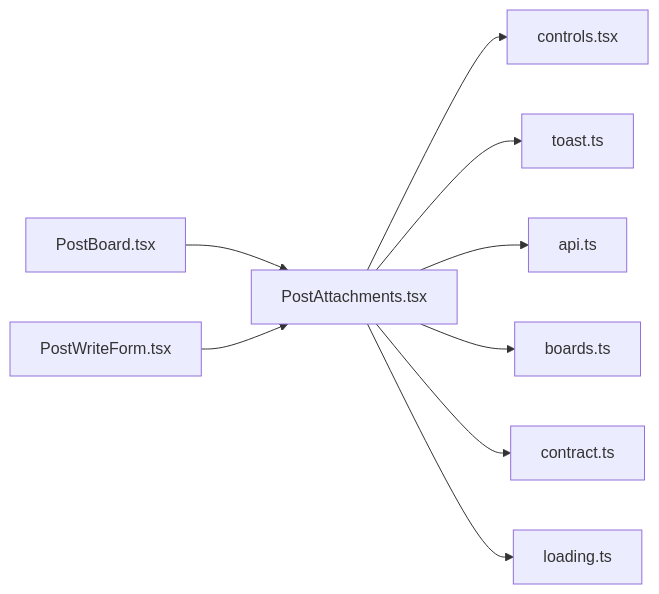
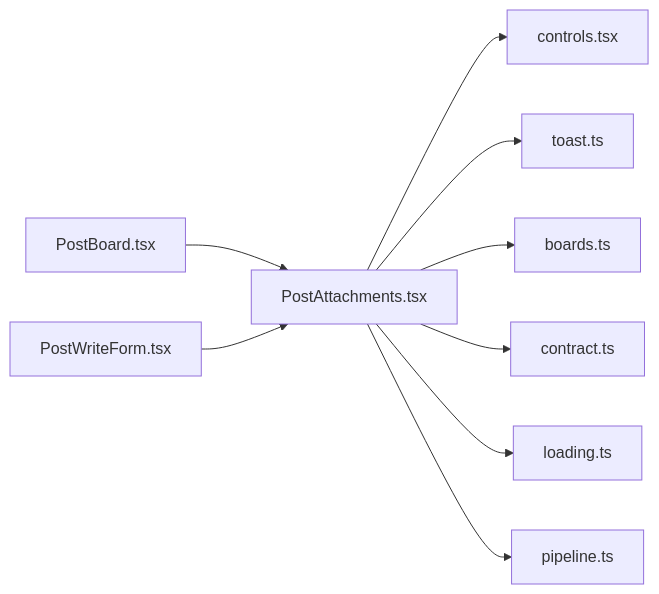
The diagram in .cluedoc/graph/frontend/src/components/PostAttachments.md (minkong-dev/Banblit), drawn with Mermaid before and after one commit. The commit also changed other lines of this file and 17 other files, not shown here.

First line of the commit message:
frontend: route board server calls through pipeline and test the upload-then-publish order

````diff
--- a/.cluedoc/graph/frontend/src/components/PostAttachments.md
+++ b/.cluedoc/graph/frontend/src/components/PostAttachments.md
@@ -10,12 +10,12 @@
 ```mermaid
 flowchart LR
   frontend_src_components_PostAttachments["PostAttachments.tsx"]
   frontend_src_components_PostAttachments --> frontend_src_components_controls["controls.tsx"]
   frontend_src_components_PostAttachments --> frontend_src_components_toast["toast.ts"]
-  frontend_src_components_PostAttachments --> frontend_src_lib_api["api.ts"]
   frontend_src_components_PostAttachments --> frontend_src_lib_boards["boards.ts"]
   frontend_src_components_PostAttachments --> frontend_src_lib_contract["contract.ts"]
   frontend_src_components_PostAttachments --> frontend_src_lib_loading["loading.ts"]
+  frontend_src_components_PostAttachments --> frontend_src_lib_pipeline["pipeline.ts"]
   frontend_src_components_PostBoard["PostBoard.tsx"] --> frontend_src_components_PostAttachments
   frontend_src_components_PostWriteForm["PostWriteForm.tsx"] --> frontend_src_components_PostAttachments
 ```
````
